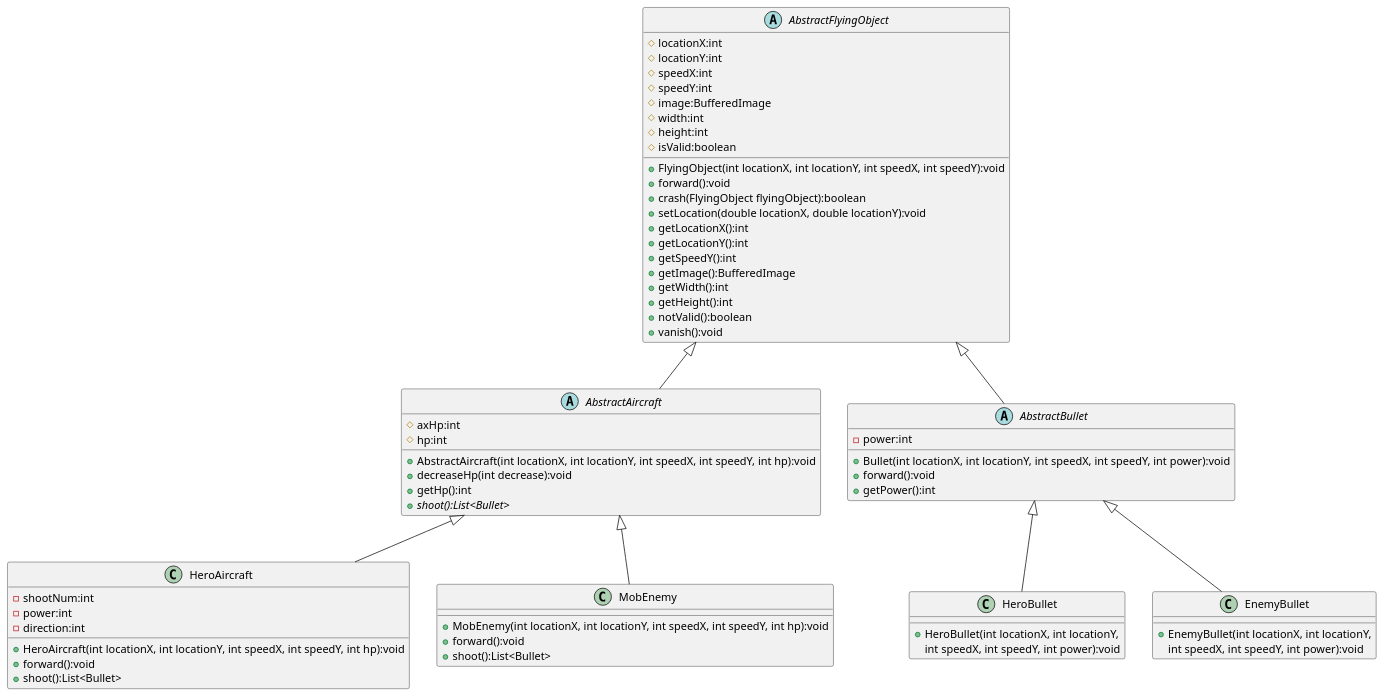
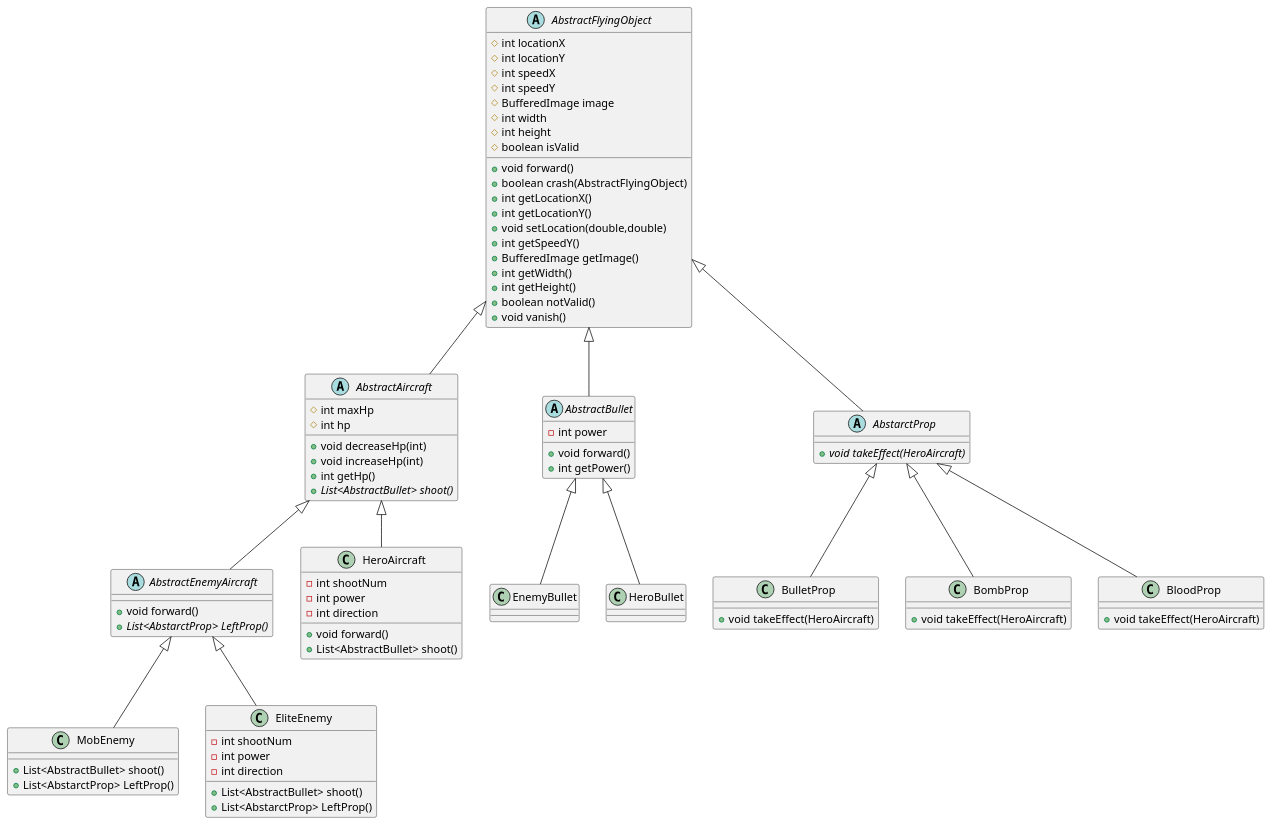
The diagram in uml/Inheritence.puml (SoraShu/AircraftWar), drawn with PlantUML before and after one commit.

Commit message:
add: uml class-diagram

```diff
--- a/uml/Inheritence.puml
+++ b/uml/Inheritence.puml
@@ -1,80 +1,107 @@
 @startuml
-'https://plantuml.com/class-diagram
+abstract class AbstractFlyingObject {
+# int locationX
+# int locationY
+# int speedX
+# int speedY
+# BufferedImage image
+# int width
+# int height
+# boolean isValid
++ void forward()
++ boolean crash(AbstractFlyingObject)
++ int getLocationX()
++ int getLocationY()
++ void setLocation(double,double)
++ int getSpeedY()
++ BufferedImage getImage()
++ int getWidth()
++ int getHeight()
++ boolean notValid()
++ void vanish()
+}
 
-abstract class AbstractFlyingObject
-{
-    # locationX:int
-    # locationY:int
-    # speedX:int
-    # speedY:int
-    # image:BufferedImage
-    # width:int
-    # height:int
-    # isValid:boolean
+abstract class AbstractAircraft {
+# int maxHp
+# int hp
++ void decreaseHp(int)
++ void increaseHp(int)
++ int getHp()
++ {abstract}List<AbstractBullet> shoot()
+}
 
-    + FlyingObject(int locationX, int locationY, int speedX, int speedY):void
-    + forward():void
-    + crash(FlyingObject flyingObject):boolean
-    + setLocation(double locationX, double locationY):void
-    + getLocationX():int
-    + getLocationY():int
-    + getSpeedY():int
-    + getImage():BufferedImage
-    + getWidth():int
-    + getHeight():int
-    + notValid():boolean
-    + vanish():void
+abstract class AbstractBullet {
+- int power
++ void forward()
++ int getPower()
 }
-abstract class AbstractAircraft
-{
-	# axHp:int
-    # hp:int
-    + AbstractAircraft(int locationX, int locationY, int speedX, int speedY, int hp):void
-    + decreaseHp(int decrease):void
-    + getHp():int
-    + {abstract} shoot():List<Bullet>
- }
 
-abstract class AbstractBullet
-{
-    - power:int
-    + Bullet(int locationX, int locationY, int speedX, int speedY, int power):void
-    + forward():void
-	+ getPower():int
+abstract class AbstarctProp {
++ {abstract}void takeEffect(HeroAircraft)
 }
+
+abstract class AbstractEnemyAircraft {
++ void forward()
++ {abstract}List<AbstarctProp> LeftProp()
+}
+
+class MobEnemy {
++ List<AbstractBullet> shoot()
++ List<AbstarctProp> LeftProp()
+}
+
+class EliteEnemy {
+- int shootNum
+- int power
+- int direction
++ List<AbstractBullet> shoot()
++ List<AbstarctProp> LeftProp()
+}
+
+class HeroAircraft {
+- int shootNum
+- int power
+- int direction
++ void forward()
++ List<AbstractBullet> shoot()
+}
+
+class EnemyBullet {
+}
+
+class HeroBullet {
+}
+
+class BulletProp {
++ void takeEffect(HeroAircraft)
+}
+
+class BombProp {
++ void takeEffect(HeroAircraft)
+}
+
+class BloodProp {
++ void takeEffect(HeroAircraft)
+}
+
+
 
 AbstractFlyingObject <|-- AbstractAircraft
 AbstractFlyingObject <|-- AbstractBullet
+AbstractFlyingObject <|-- AbstarctProp
+
+AbstractAircraft <|-- AbstractEnemyAircraft
+AbstractEnemyAircraft <|-- MobEnemy
+AbstractEnemyAircraft <|-- EliteEnemy
 
 AbstractAircraft <|-- HeroAircraft
-AbstractAircraft <|-- MobEnemy
 
+AbstractBullet <|-- EnemyBullet
 AbstractBullet <|-- HeroBullet
-AbstractBullet <|-- EnemyBullet
 
-class HeroAircraft {
-    - shootNum:int
-    - power:int
-    - direction:int
-    + HeroAircraft(int locationX, int locationY, int speedX, int speedY, int hp):void
-    + forward():void
-    + shoot():List<Bullet>
-}
+AbstarctProp <|-- BulletProp
+AbstarctProp <|-- BombProp
+AbstarctProp <|-- BloodProp
 
-class MobEnemy {
-    + MobEnemy(int locationX, int locationY, int speedX, int speedY, int hp):void
-    + forward():void
-    + shoot():List<Bullet>
-}
-
-class HeroBullet {
-    + HeroBullet(int locationX, int locationY,
-     int speedX, int speedY, int power):void
-}
-
-class EnemyBullet {
-    + EnemyBullet(int locationX, int locationY,
-     int speedX, int speedY, int power):void
-}
 
 @enduml
```
